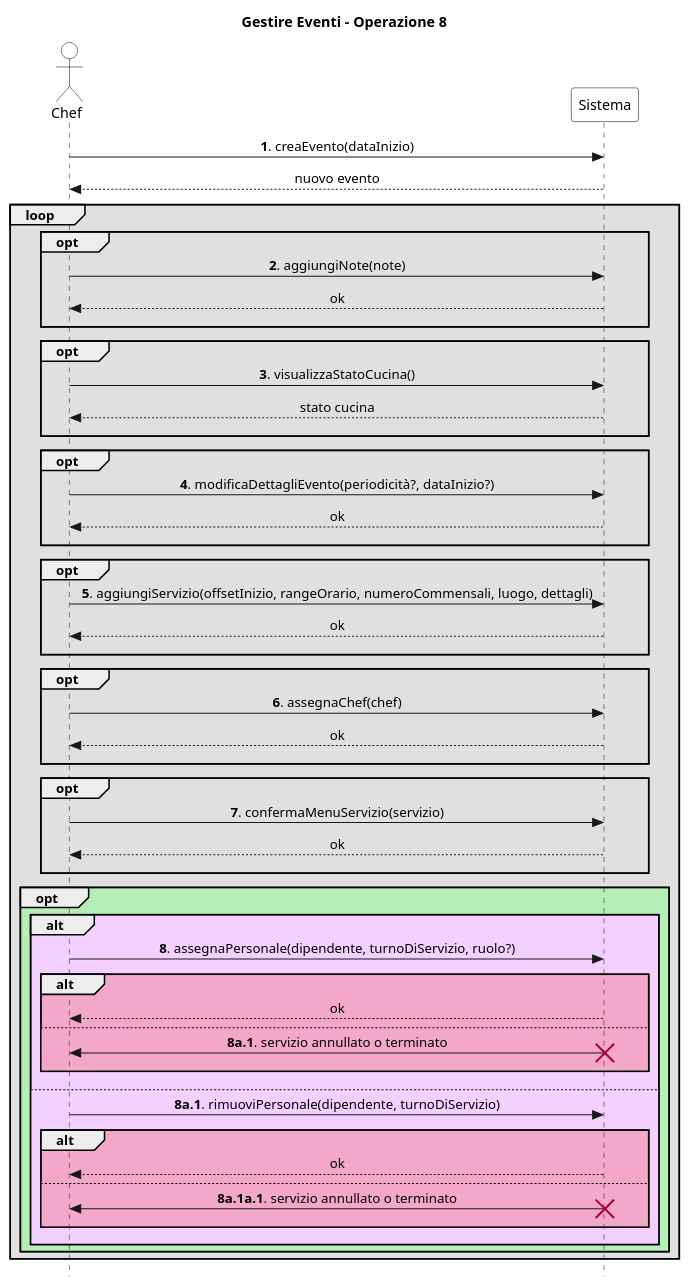
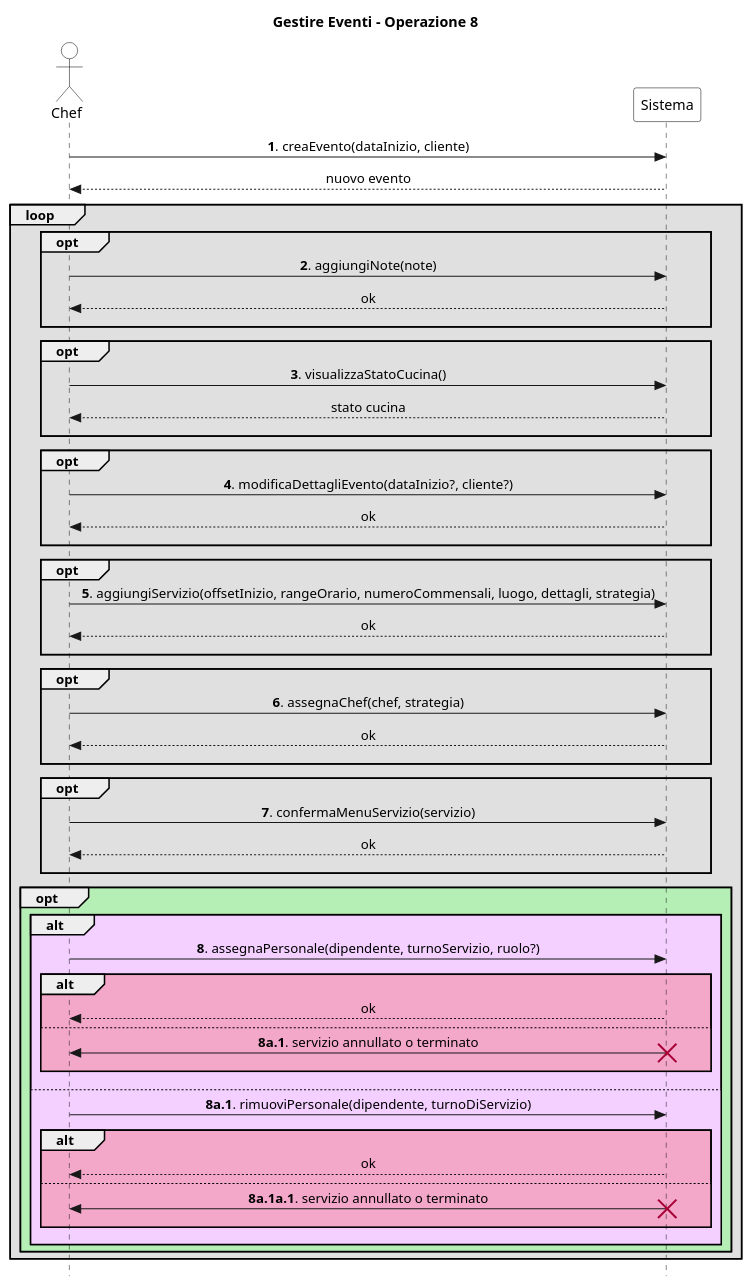
One commit to stefa168/sas-project changed the diagram in UP/Requisiti/UC Gestire Eventi/SSD/Estensioni-Eccezioni Op8.puml. Above: the diagram before and after it, drawn with PlantUML. The commit also changed 5 other files, not shown here.

```diff
--- a/UP/Requisiti/UC Gestire Eventi/SSD/Estensioni-Eccezioni Op8.puml
+++ b/UP/Requisiti/UC Gestire Eventi/SSD/Estensioni-Eccezioni Op8.puml
@@ -1,81 +1,81 @@
 @startuml
 skinparam Style strictuml
 skinparam SequenceMessageAlign center
 
 skinparam sequence {
     ActorBorderColor Black
     ActorBackgroundColor White
     ParticipantBorderColor Black
     ParticipantBackgroundColor White
 }
 
 actor Chef
 participant Sistema
 
 title Gestire Eventi - Operazione 8
 
-Chef -> Sistema: **1**. creaEvento(dataInizio)
+Chef -> Sistema: **1**. creaEvento(dataInizio, cliente)
 return nuovo evento
 
 loop #e0e0e0
     opt #e0e0e0
         Chef -> Sistema: **2**. aggiungiNote(note)
         return ok
         ||10||
     end
 
     opt #e0e0e0
         Chef -> Sistema: **3**. visualizzaStatoCucina()
         return stato cucina
         ||10||
     end
 
     opt #e0e0e0
-        Chef -> Sistema: **4**. modificaDettagliEvento(periodicità?, dataInizio?)
+        Chef -> Sistema: **4**. modificaDettagliEvento(dataInizio?, cliente?)
         return ok
         ||10||
     end
 
     opt #e0e0e0
-        Chef -> Sistema: **5**. aggiungiServizio(offsetInizio, rangeOrario, numeroCommensali, luogo, dettagli)
+        Chef -> Sistema: **5**. aggiungiServizio(offsetInizio, rangeOrario, numeroCommensali, luogo, dettagli, strategia)
         return ok
         ||10||
     end
 
     opt #e0e0e0
-        Chef -> Sistema: **6**. assegnaChef(chef)
+        Chef -> Sistema: **6**. assegnaChef(chef, strategia)
         return ok
         ||10||
     end
 
     opt #e0e0e0
         Chef -> Sistema: **7**. confermaMenuServizio(servizio)
         return ok
         ||10||
     end
 
     opt #b6efb6
         alt #f3d0ff
-            Chef -> Sistema: **8**. assegnaPersonale(dipendente, turnoDiServizio, ruolo?)
+            Chef -> Sistema: **8**. assegnaPersonale(dipendente, turnoServizio, ruolo?)
             alt #f3a7c9
                 return ok
             else
                 Chef <- Sistema: **8a.1**. servizio annullato o terminato
                 destroy Sistema
                 ||10||
             end
             ||10||
         else
             Chef -> Sistema: **8a.1**. rimuoviPersonale(dipendente, turnoDiServizio)
             alt #f3a7c9
                 return ok
             else
                 Chef <- Sistema: **8a.1a.1**. servizio annullato o terminato
                 destroy Sistema
                 ||10||
             end
             ||10||
         end
     end
 end
 @enduml
```
